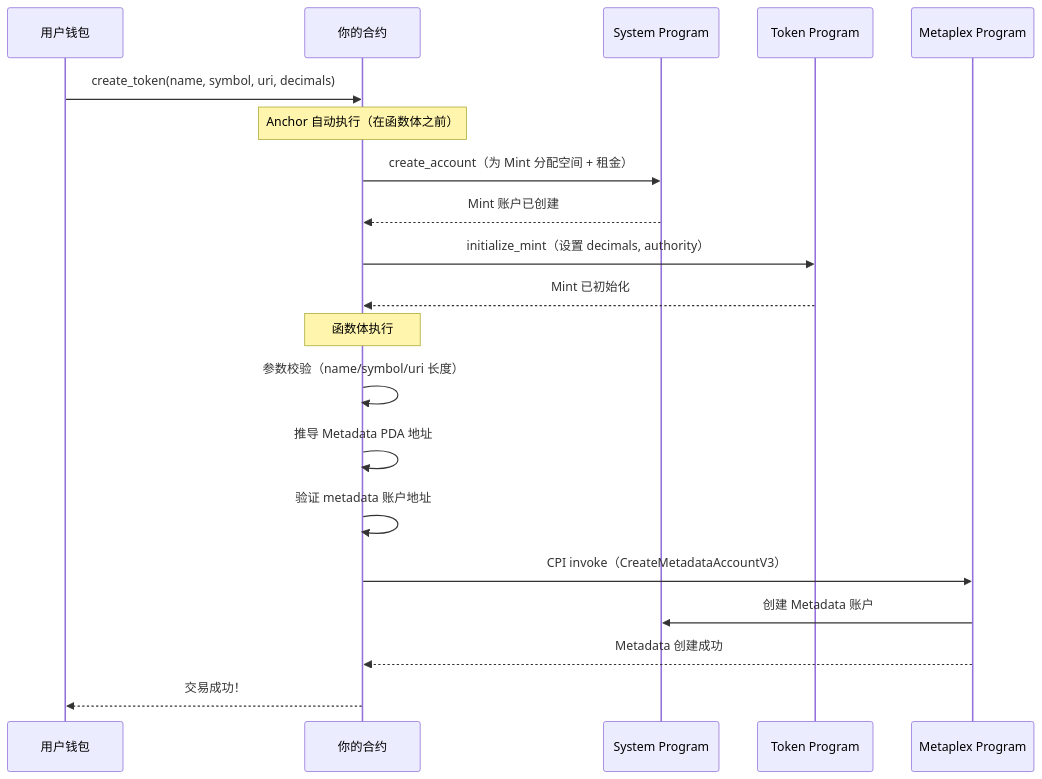
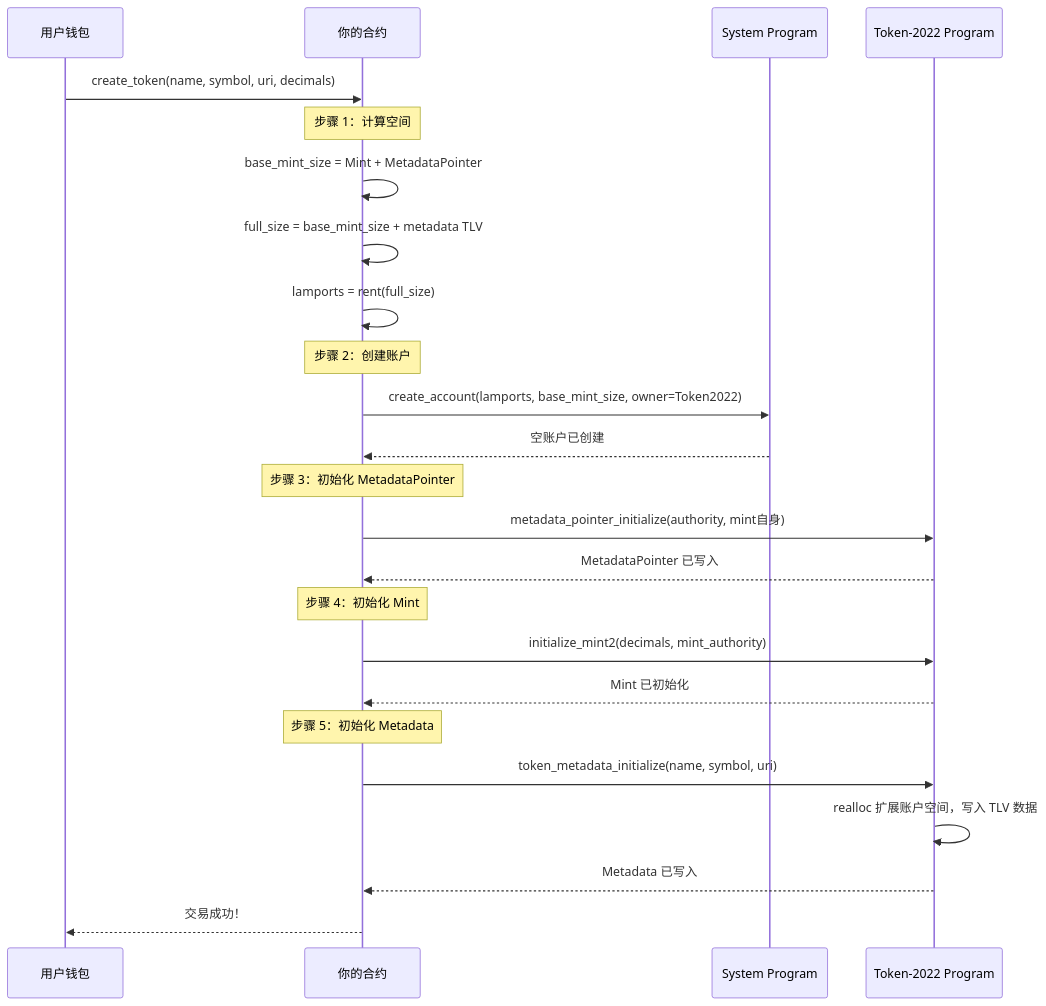
Before and after one commit to jiangsk1998/tangaga: the third of 6 diagrams in Day22学习指南—发行自己的SPL代币.md, drawn with Mermaid. The commit also changed other lines of this file and 7 other files, not shown here.

````diff
--- a/Day22学习指南—发行自己的SPL代币.md
+++ b/Day22学习指南—发行自己的SPL代币.md
@@ -717,26 +735,33 @@
 ```mermaid
 sequenceDiagram
     participant User as 用户钱包
     participant Contract as 你的合约
     participant System as System Program
-    participant Token as Token Program
-    participant Metaplex as Metaplex Program
+    participant T22 as Token-2022 Program
 
     User ->> Contract: create_token(name, symbol, uri, decimals)
 
-    Note over Contract: Anchor 自动执行（在函数体之前）
-    Contract ->> System: create_account（为 Mint 分配空间 + 租金）
-    System -->> Contract: Mint 账户已创建
-    Contract ->> Token: initialize_mint（设置 decimals, authority）
-    Token -->> Contract: Mint 已初始化
+    Note over Contract: 步骤 1：计算空间
+    Contract ->> Contract: base_mint_size = Mint + MetadataPointer
+    Contract ->> Contract: full_size = base_mint_size + metadata TLV
+    Contract ->> Contract: lamports = rent(full_size)
 
-    Note over Contract: 函数体执行
-    Contract ->> Contract: 参数校验（name/symbol/uri 长度）
-    Contract ->> Contract: 推导 Metadata PDA 地址
-    Contract ->> Contract: 验证 metadata 账户地址
-    Contract ->> Metaplex: CPI invoke（CreateMetadataAccountV3）
-    Metaplex ->> System: 创建 Metadata 账户
-    Metaplex -->> Contract: Metadata 创建成功
+    Note over Contract: 步骤 2：创建账户
+    Contract ->> System: create_account(lamports, base_mint_size, owner=Token2022)
+    System -->> Contract: 空账户已创建
+
+    Note over Contract: 步骤 3：初始化 MetadataPointer
+    Contract ->> T22: metadata_pointer_initialize(authority, mint自身)
+    T22 -->> Contract: MetadataPointer 已写入
+
+    Note over Contract: 步骤 4：初始化 Mint
+    Contract ->> T22: initialize_mint2(decimals, mint_authority)
+    T22 -->> Contract: Mint 已初始化
+
+    Note over Contract: 步骤 5：初始化 Metadata
+    Contract ->> T22: token_metadata_initialize(name, symbol, uri)
+    T22 ->> T22: realloc 扩展账户空间，写入 TLV 数据
+    T22 -->> Contract: Metadata 已写入
 
     Contract -->> User: 交易成功！
 ```
````
